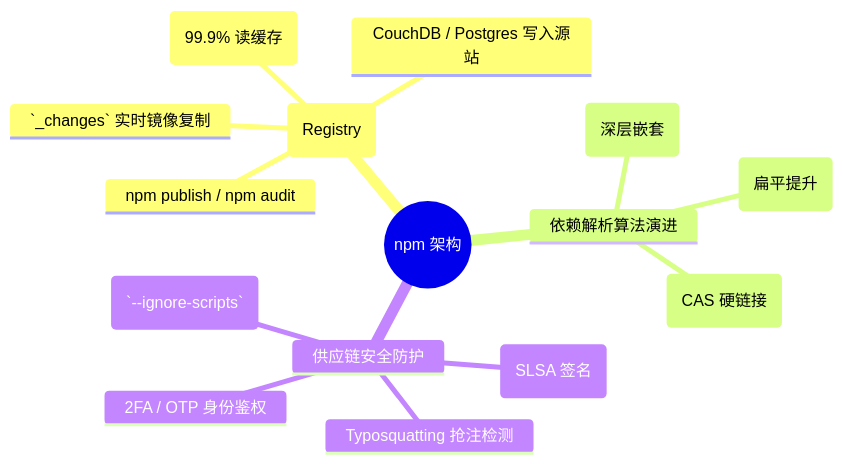
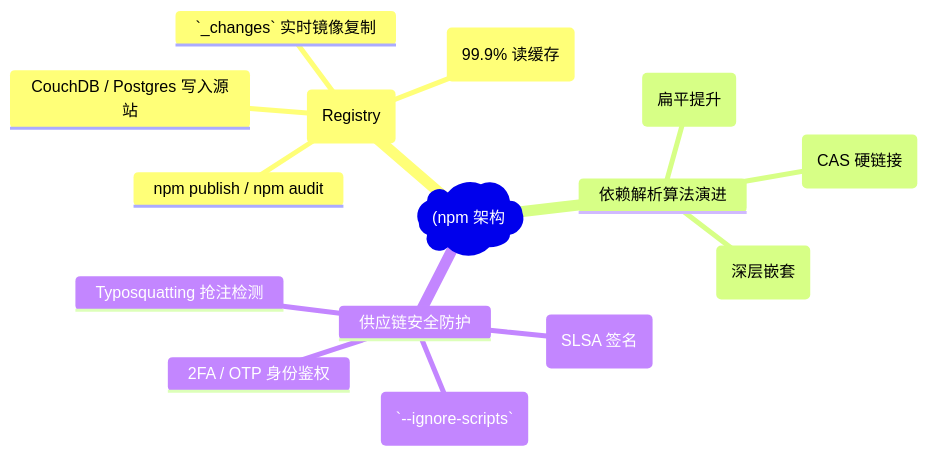
One commit to koosai/AI-Architect-Learning changed the second of 6 diagrams in docs/atlas/npm.mdx. Above: the diagram before and after it, drawn with Mermaid. The commit also changed 187 other files, not shown here.

Commit message:
fix(mermaid): fix all unquoted parens and edge label syntax errors across all docs

````diff
--- a/docs/atlas/npm.mdx
+++ b/docs/atlas/npm.mdx
@@ -79,18 +79,18 @@
 ```mermaid
 mindmap
-  root((npm 架构))
+  root("(npm 架构"))
     包注册表服务端 (Registry)
       CouchDB / Postgres 写入源站
       `_changes` 实时镜像复制
       Fastly 边缘 CDN (99.9% 读缓存)
       npm publish / npm audit
     依赖解析算法演进
       npm v1/v2: Nested (深层嵌套)
       npm v3/v5: Flat Hoisting (扁平提升)
       pnpm: Content-Addressed (CAS 硬链接)
     供应链安全防护
       Package Provenance (SLSA 签名)
       2FA / OTP 身份鉴权
       Typosquatting 抢注检测
       Lifecycle Script 隔离 (`--ignore-scripts`)
 ```
````
